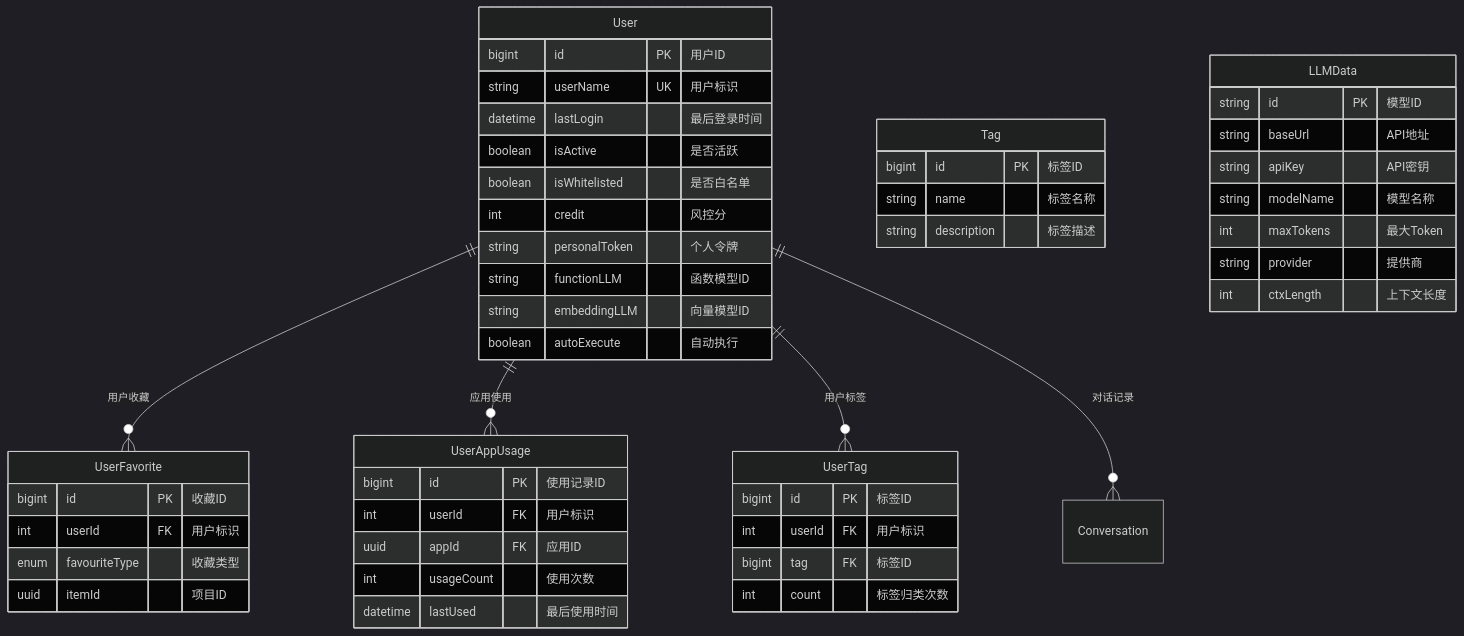
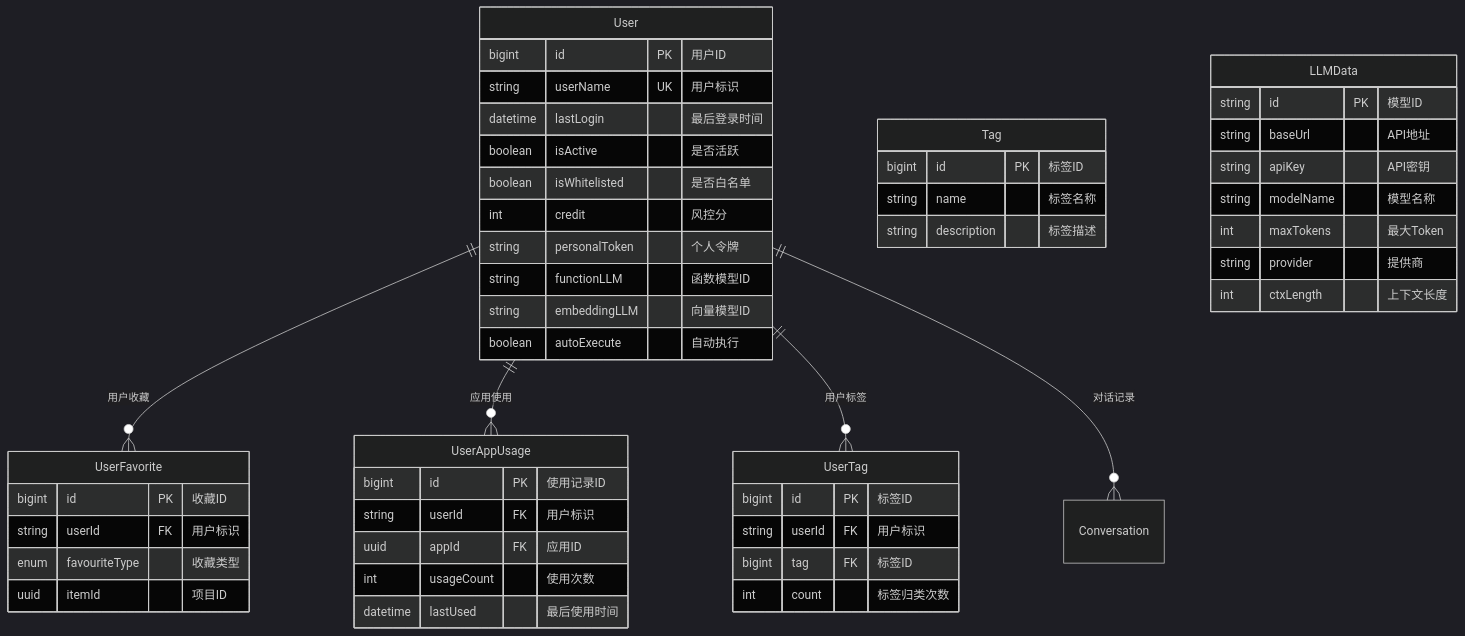
The first of 6 diagrams in design/services/user.md (openeuler-mirror/euler-copilot-framework), drawn with Mermaid (dark theme) before and after one commit. The commit also changed 18 other files, not shown here.

````diff
--- a/design/services/user.md
+++ b/design/services/user.md
@@ -28,58 +28,58 @@
 ```mermaid
 erDiagram
     User ||--o{ UserFavorite : "用户收藏"
     User ||--o{ UserAppUsage : "应用使用"
     User ||--o{ UserTag : "用户标签"
     User ||--o{ Conversation : "对话记录"
     
     User {
         bigint id PK "用户ID"
         string userName UK "用户标识"
         datetime lastLogin "最后登录时间"
         boolean isActive "是否活跃"
         boolean isWhitelisted "是否白名单"
         int credit "风控分"
         string personalToken "个人令牌"
         string functionLLM "函数模型ID"
         string embeddingLLM "向量模型ID"
         boolean autoExecute "自动执行"
     }
     
     UserFavorite {
         bigint id PK "收藏ID"
-        int userId FK "用户标识"
+        string userId FK "用户标识"
         enum favouriteType "收藏类型"
         uuid itemId "项目ID"
     }
     
     UserAppUsage {
         bigint id PK "使用记录ID"
-        int userId FK "用户标识"
+        string userId FK "用户标识"
         uuid appId FK "应用ID"
         int usageCount "使用次数"
         datetime lastUsed "最后使用时间"
     }
     
     UserTag {
         bigint id PK "标签ID"
-        int userId FK "用户标识"
+        string userId FK "用户标识"
         bigint tag FK "标签ID"
         int count "标签归类次数"
     }
     
     Tag {
         bigint id PK "标签ID"
         string name "标签名称"
         string description "标签描述"
     }
     
     LLMData {
         string id PK "模型ID"
         string baseUrl "API地址"
         string apiKey "API密钥"
         string modelName "模型名称"
         int maxTokens "最大Token"
         string provider "提供商"
         int ctxLength "上下文长度"
     }
 ```
````
